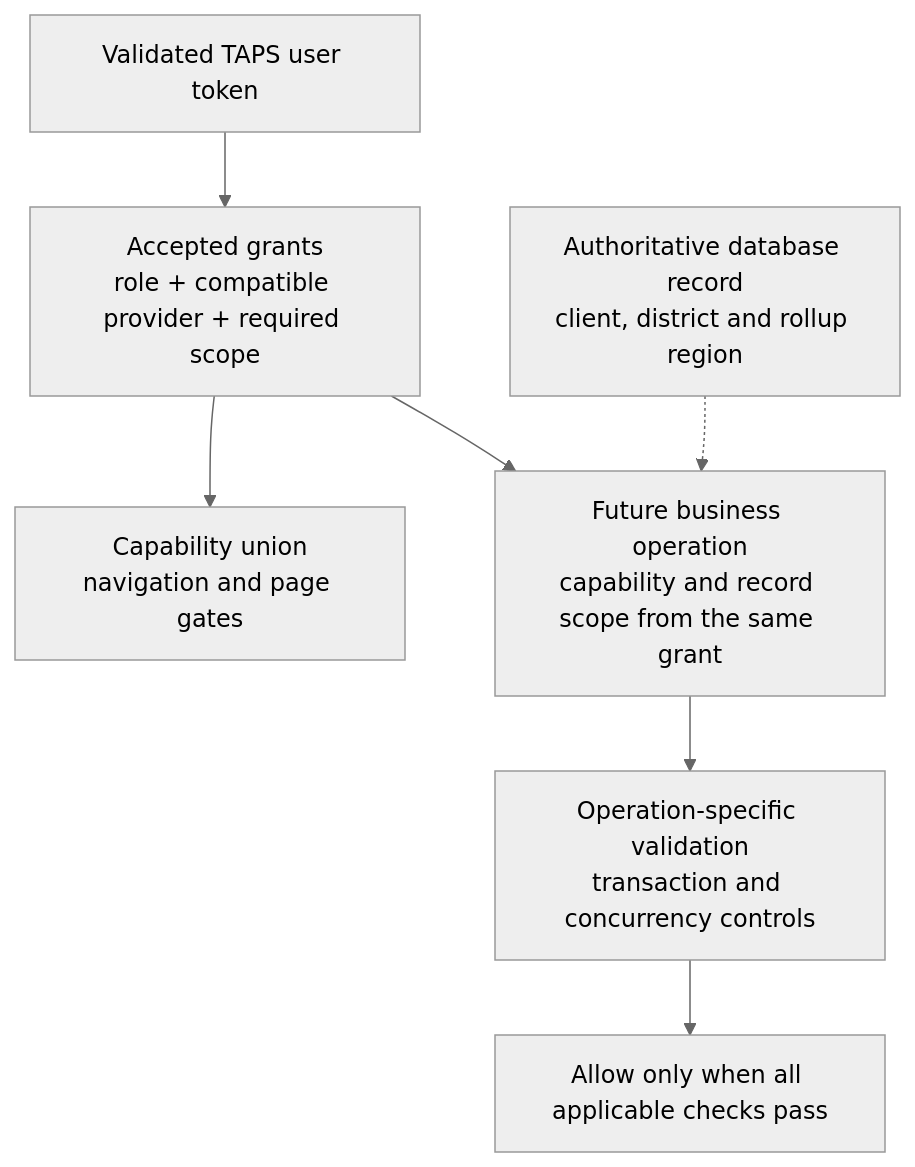
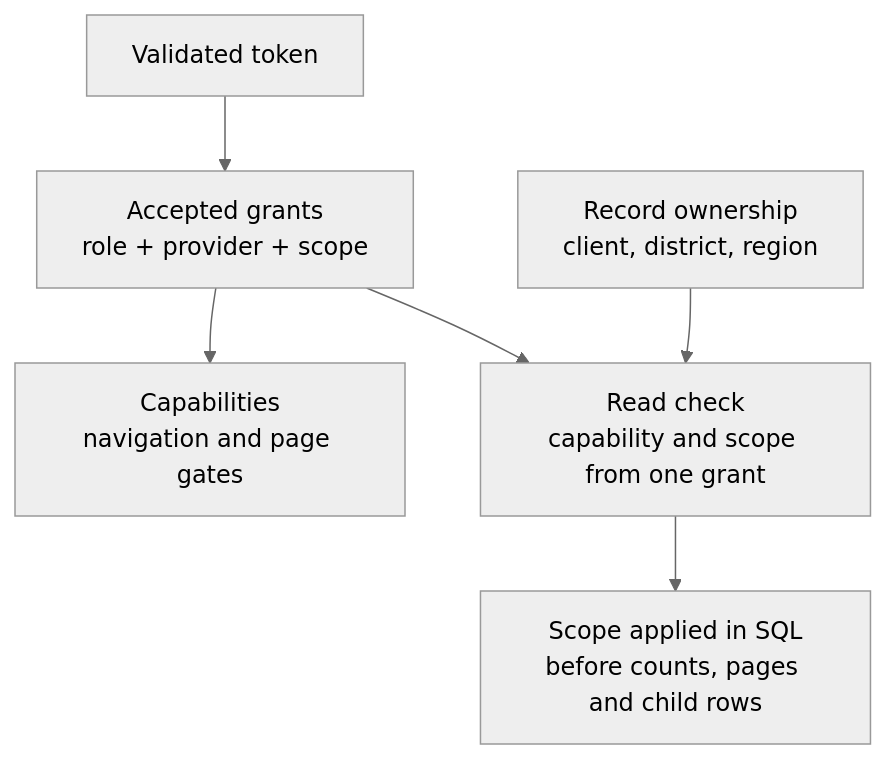
One commit to bcgov/nr-taps changed the third of 3 diagrams in docs/architecture.md. Above: the diagram before and after it, drawn with Mermaid (neutral theme). The commit also changed other lines of this file and 228 other files, not shown here.

First line of the commit message:
feat: add TAPS UI and scoped ECAS and GAS read workflows (#3)

````diff
--- a/docs/architecture.md
+++ b/docs/architecture.md
@@ -85,9 +65,8 @@
 ```mermaid
 flowchart TD
-    Token["Validated TAPS user token"] --> Grants["Accepted grants<br/>role + compatible provider + required scope"]
-    Grants --> UI["Capability union<br/>navigation and page gates"]
-    Grants --> Check["Future business operation<br/>capability and record scope from the same grant"]
-    Record["Authoritative database record<br/>client, district and rollup region"] -.-> Check
-    Check --> Policy["Operation-specific validation<br/>transaction and concurrency controls"]
-    Policy --> Result["Allow only when all applicable checks pass"]
+    Token["Validated token"] --> Grants["Accepted grants<br/>role + provider + scope"]
+    Grants --> UI["Capabilities<br/>navigation and page gates"]
+    Grants --> Check["Read check<br/>capability and scope from one grant"]
+    Record["Record ownership<br/>client, district, region"] --> Check
+    Check --> Result["Scope applied in SQL<br/>before counts, pages and child rows"]
 ```
````
